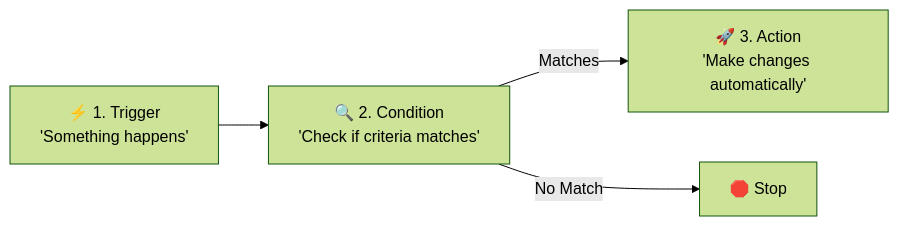
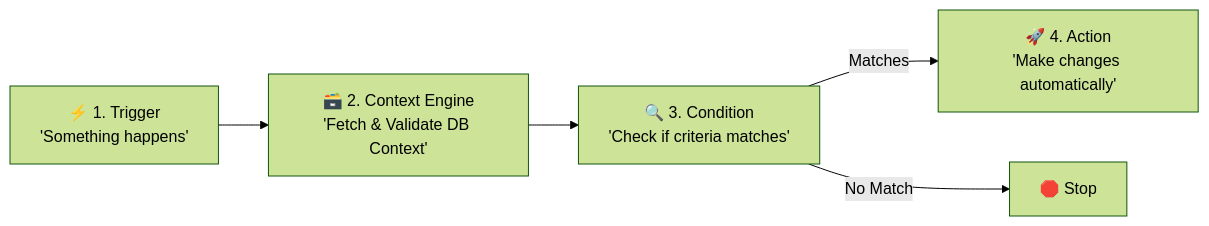
The diagram in modular-monolith/src/modules/auto-action/README.md (kuchuk-borom-debbarma/Taskinator), drawn with Mermaid (forest theme) before and after one commit. The commit also changed other lines of this file and 9 other files, not shown here.

Commit message:
feat: implement central, type-safe context engine and task scope resolver

````diff
--- a/modular-monolith/src/modules/auto-action/README.md
+++ b/modular-monolith/src/modules/auto-action/README.md
@@ -23,6 +23,7 @@
 ```mermaid
 flowchart LR
-    Trigger[⚡ 1. Trigger\n'Something happens'] --> Condition[🔍 2. Condition\n'Check if criteria matches']
-    Condition -->|Matches| Action[🚀 3. Action\n'Make changes automatically']
+    Trigger[⚡ 1. Trigger\n'Something happens'] --> Context[🗃️ 2. Context Engine\n'Fetch & Validate DB Context']
+    Context --> Condition[🔍 3. Condition\n'Check if criteria matches']
+    Condition -->|Matches| Action[🚀 4. Action\n'Make changes automatically']
     Condition -->|No Match| Stop[🛑 Stop]
 ```
````
